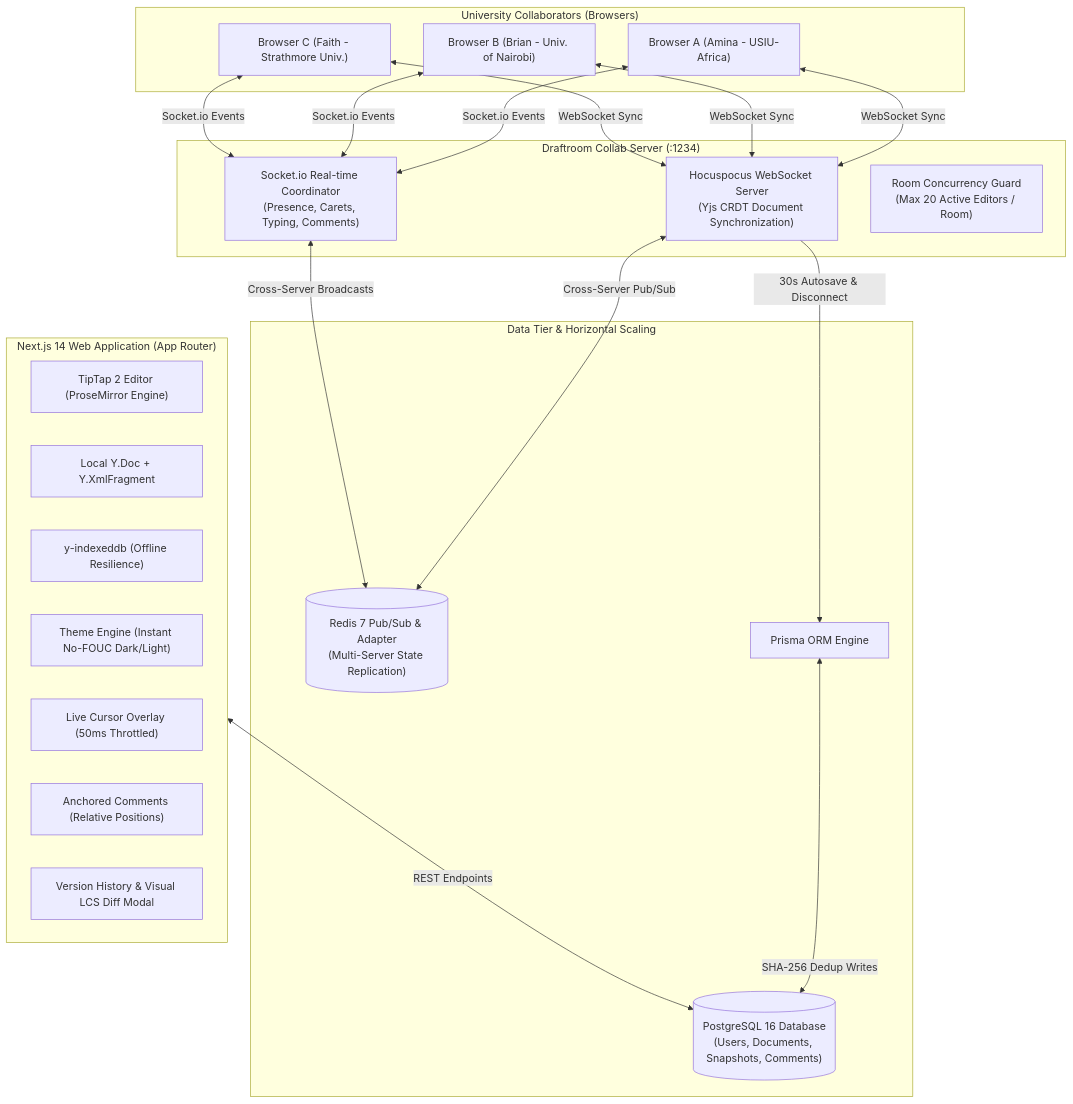
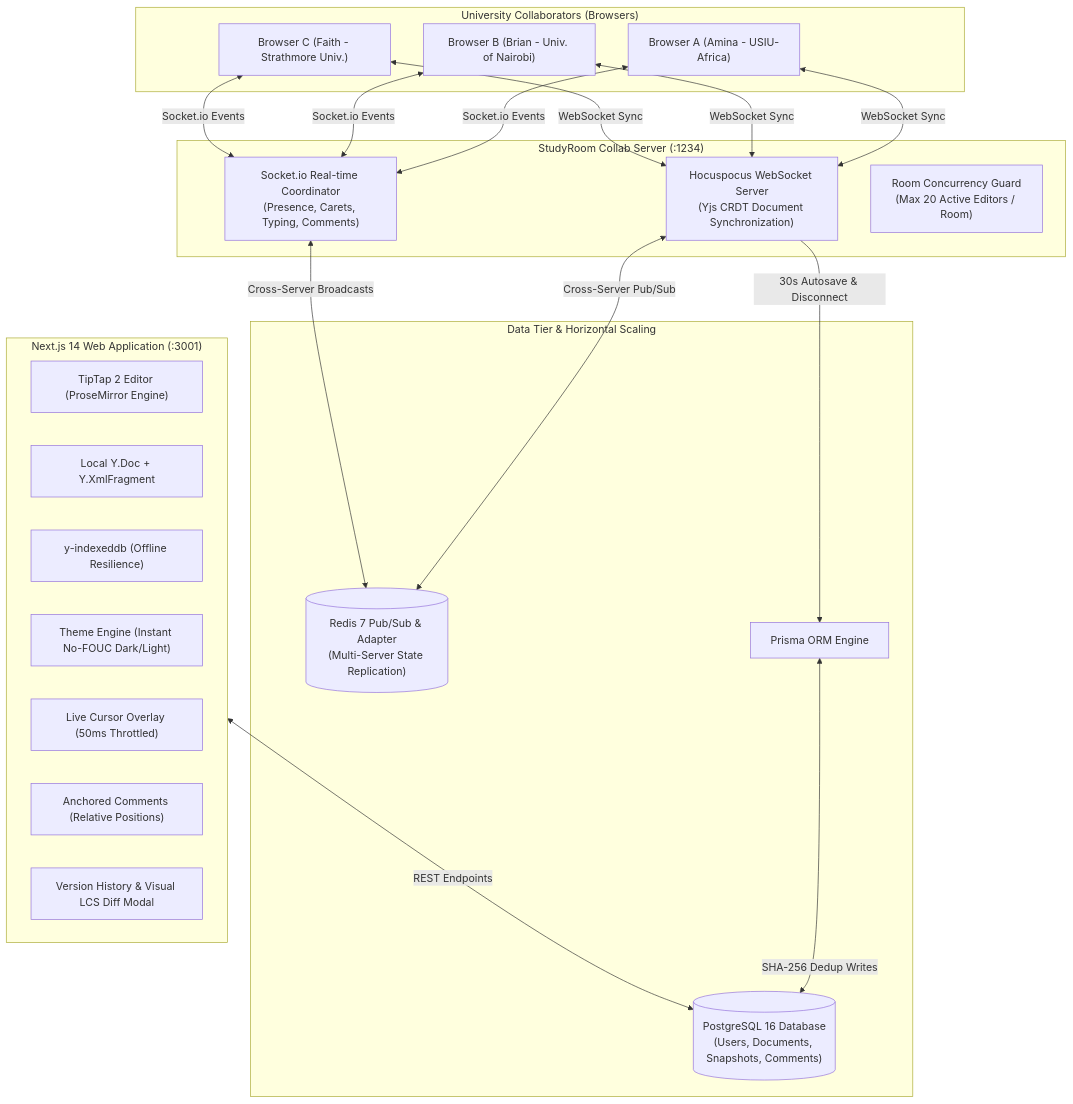
One commit to crnjihia/draftroom-live changed the diagram in README.md. Above: the diagram before and after it, drawn with Mermaid. The commit also changed other lines of this file and 3 other files, not shown here.

Commit message:
docs: revamp README with system architecture, collaboration test guide, and Kenyan university context

````diff
--- a/README.md
+++ b/README.md
@@ -45,44 +45,44 @@
 ```mermaid
 flowchart TD
     subgraph Clients["University Collaborators (Browsers)"]
         ClientA["Browser A (Amina - USIU-Africa)"]
         ClientB["Browser B (Brian - Univ. of Nairobi)"]
         ClientC["Browser C (Faith - Strathmore Univ.)"]
     end
 
-    subgraph WebApp["Next.js 14 Web Application (App Router)"]
+    subgraph WebApp["Next.js 14 Web Application (:3001)"]
         TipTapEditor["TipTap 2 Editor (ProseMirror Engine)"]
         YDocState["Local Y.Doc + Y.XmlFragment"]
         IndexedDB["y-indexeddb (Offline Resilience)"]
         Theme["Theme Engine (Instant No-FOUC Dark/Light)"]
         CursorOverlay["Live Cursor Overlay (50ms Throttled)"]
         CommentSidebar["Anchored Comments (Relative Positions)"]
         VersionDiff["Version History & Visual LCS Diff Modal"]
     end
 
-    subgraph CollabServer["Draftroom Collab Server (:1234)"]
+    subgraph CollabServer["StudyRoom Collab Server (:1234)"]
         Hocuspocus["Hocuspocus WebSocket Server<br/>(Yjs CRDT Document Synchronization)"]
         SocketIO["Socket.io Real-time Coordinator<br/>(Presence, Carets, Typing, Comments)"]
         RoomGuard["Room Concurrency Guard<br/>(Max 20 Active Editors / Room)"]
     end
 
     subgraph Infrastructure["Data Tier & Horizontal Scaling"]
         RedisCluster[("Redis 7 Pub/Sub & Adapter<br/>(Multi-Server State Replication)")]
         PostgresDB[("PostgreSQL 16 Database<br/>(Users, Documents, Snapshots, Comments)")]
         PrismaClient["Prisma ORM Engine"]
     end
 
     ClientA <-->|WebSocket Sync| Hocuspocus
     ClientA <-->|Socket.io Events| SocketIO
     ClientB <-->|WebSocket Sync| Hocuspocus
     ClientB <-->|Socket.io Events| SocketIO
     ClientC <-->|WebSocket Sync| Hocuspocus
     ClientC <-->|Socket.io Events| SocketIO
 
     Hocuspocus <-->|Cross-Server Pub/Sub| RedisCluster
     SocketIO <-->|Cross-Server Broadcasts| RedisCluster
 
     Hocuspocus -->|30s Autosave & Disconnect| PrismaClient
     PrismaClient <-->|SHA-256 Dedup Writes| PostgresDB
     WebApp <-->|REST Endpoints| PostgresDB
 ```
````
